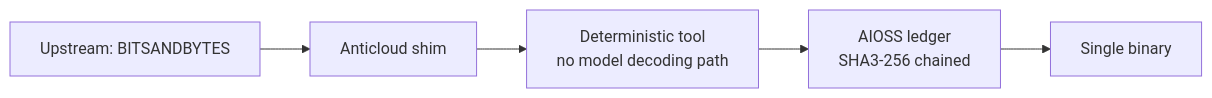
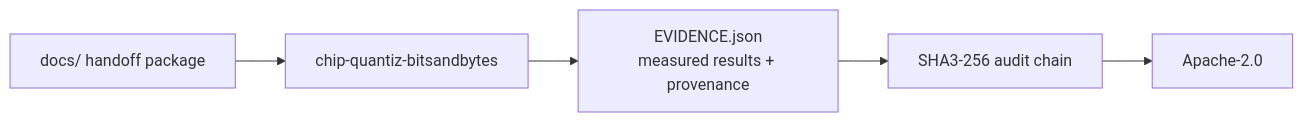
One commit to the-anticloud/chip-quantiz-bitsandbytes changed the diagram in README.md. Above: the diagram before and after it, drawn with Mermaid. The commit also changed other lines of this file and 8 other files, not shown here.

````diff
--- a/README.md
+++ b/README.md
@@ -11,7 +22,7 @@
 ```mermaid
 graph LR
-    U[Upstream: BITSANDBYTES] --> S[Anticloud shim]
-    S --> T[Deterministic tool<br/>no model decoding path]
-    T --> A[AIOSS ledger<br/>SHA3-256 chained]
-    A --> B[Single binary]
+    D[docs/ handoff package] --> R[chip-quantiz-bitsandbytes]
+    R --> E[EVIDENCE.json\nmeasured results + provenance]
+    E --> A[SHA3-256 audit chain]
+    A --> L[Apache-2.0]
 ```
````
